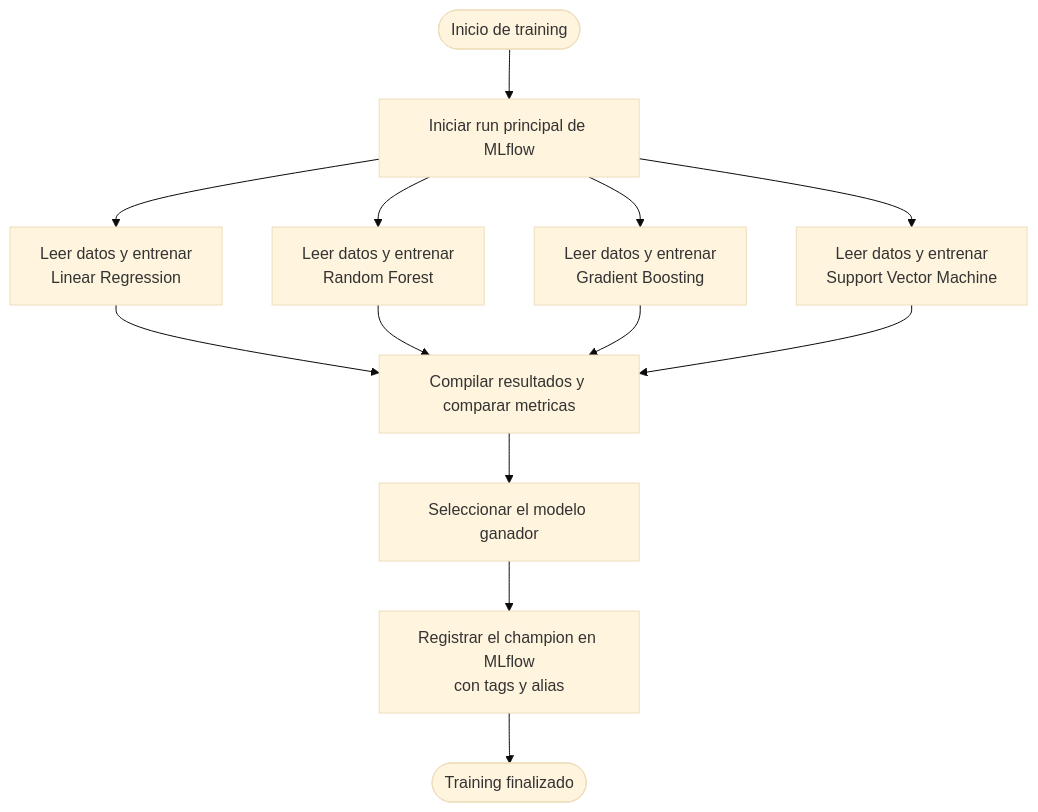
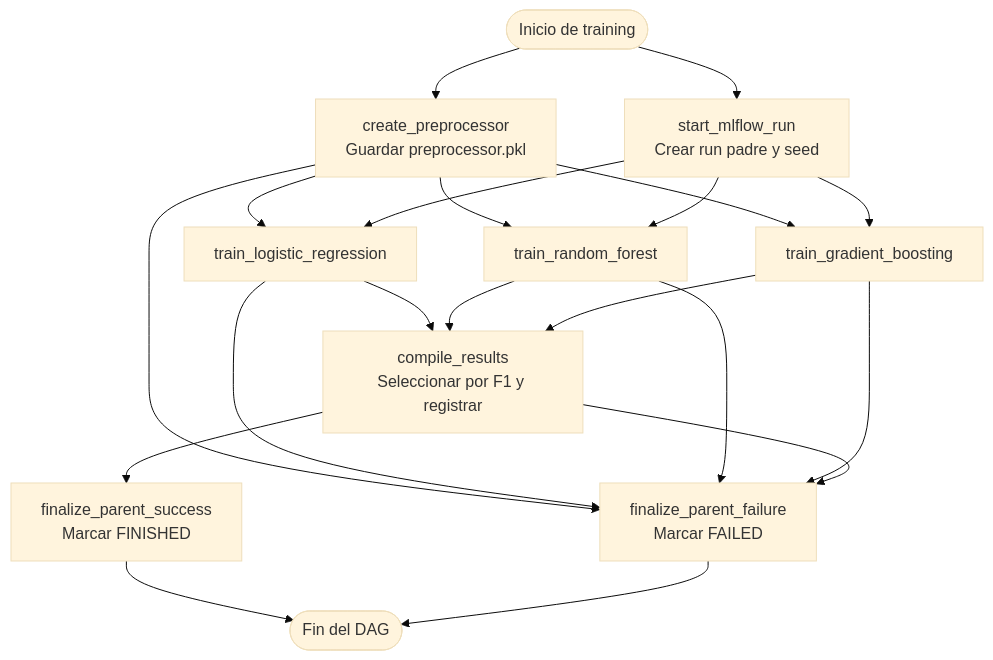
One commit to CimimUxMaio/ceia-tp-mlops changed the fourth of 5 diagrams in DOC.md. Above: the diagram before and after it, drawn with Mermaid (base theme). The commit also changed other lines of this file and 3 other files, not shown here.

````diff
--- a/DOC.md
+++ b/DOC.md
@@ -234,26 +312,33 @@
 ```mermaid
 flowchart TD
     inicio([Inicio de training])
-    run[Iniciar run principal de MLflow]
-    linear[Leer datos y entrenar\nLinear Regression]
-    forest[Leer datos y entrenar\nRandom Forest]
-    boosting[Leer datos y entrenar\nGradient Boosting]
-    svm[Leer datos y entrenar\nSupport Vector Machine]
-    comparacion[Compilar resultados y comparar metricas]
-    seleccion[Seleccionar el modelo ganador]
-    registro[Registrar el champion en MLflow\ncon tags y alias]
-    fin([Training finalizado])
+    preprocessor[create_preprocessor\nGuardar preprocessor.pkl]
+    parent[start_mlflow_run\nCrear run padre y seed]
+    lr[train_logistic_regression]
+    rf[train_random_forest]
+    gb[train_gradient_boosting]
+    compile[compile_results\nSeleccionar por F1 y registrar]
+    success[finalize_parent_success\nMarcar FINISHED]
+    failure[finalize_parent_failure\nMarcar FAILED]
+    fin([Fin del DAG])
 
-    inicio --> run
-    run --> linear
-    run --> forest
-    run --> boosting
-    run --> svm
-    linear --> comparacion
-    forest --> comparacion
-    boosting --> comparacion
-    svm --> comparacion
-    comparacion --> seleccion
-    seleccion --> registro
-    registro --> fin
+    inicio --> preprocessor
+    inicio --> parent
+    preprocessor --> lr
+    preprocessor --> rf
+    preprocessor --> gb
+    parent --> lr
+    parent --> rf
+    parent --> gb
+    lr --> compile
+    rf --> compile
+    gb --> compile
+    compile --> success
+    success --> fin
+    preprocessor --> failure
+    lr --> failure
+    rf --> failure
+    gb --> failure
+    compile --> failure
+    failure --> fin
 ```
````
